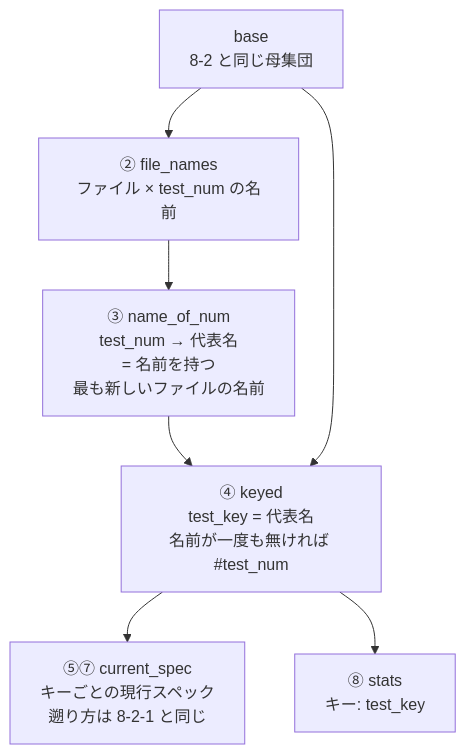
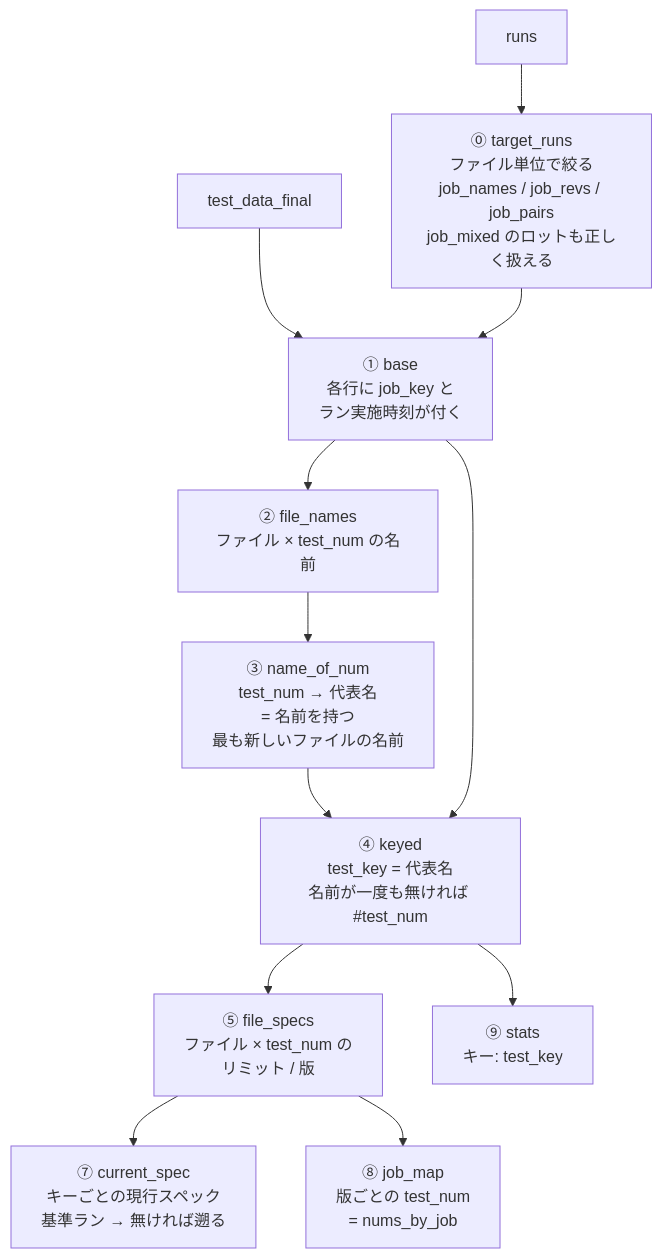
The fourth of 6 diagrams in docs/sample_queries.md (Kei0bb/STDF), drawn with Mermaid before and after one commit. The commit also changed other lines of this file, not shown here.

````diff
--- a/docs/sample_queries.md
+++ b/docs/sample_queries.md
@@ -1546,9 +1571,14 @@
 ```mermaid
 flowchart TD
-    B["base<br/>8-2 と同じ母集団"] --> FN["② file_names<br/>ファイル × test_num の名前"]
+    R["runs"] --> TR["⓪ target_runs<br/>ファイル単位で絞る<br/>job_names / job_revs / job_pairs<br/>job_mixed のロットも正しく扱える"]
+    TD["test_data_final"] --> B
+    TR --> B["① base<br/>各行に job_key と<br/>ラン実施時刻が付く"]
+    B --> FN["② file_names<br/>ファイル × test_num の名前"]
     FN --> NN["③ name_of_num<br/>test_num → 代表名<br/>= 名前を持つ<br/>最も新しいファイルの名前"]
     NN --> K["④ keyed<br/>test_key = 代表名<br/>名前が一度も無ければ #test_num"]
     B --> K
-    K --> SP["⑤⑦ current_spec<br/>キーごとの現行スペック<br/>遡り方は 8-2-1 と同じ"]
-    K --> ST["⑧ stats<br/>キー: test_key"]
+    K --> FS["⑤ file_specs<br/>ファイル × test_num の<br/>リミット / 版"]
+    FS --> CS["⑦ current_spec<br/>キーごとの現行スペック<br/>基準ラン → 無ければ遡る"]
+    FS --> JM["⑧ job_map<br/>版ごとの test_num<br/>= nums_by_job"]
+    K --> ST["⑨ stats<br/>キー: test_key"]
 ```
````
